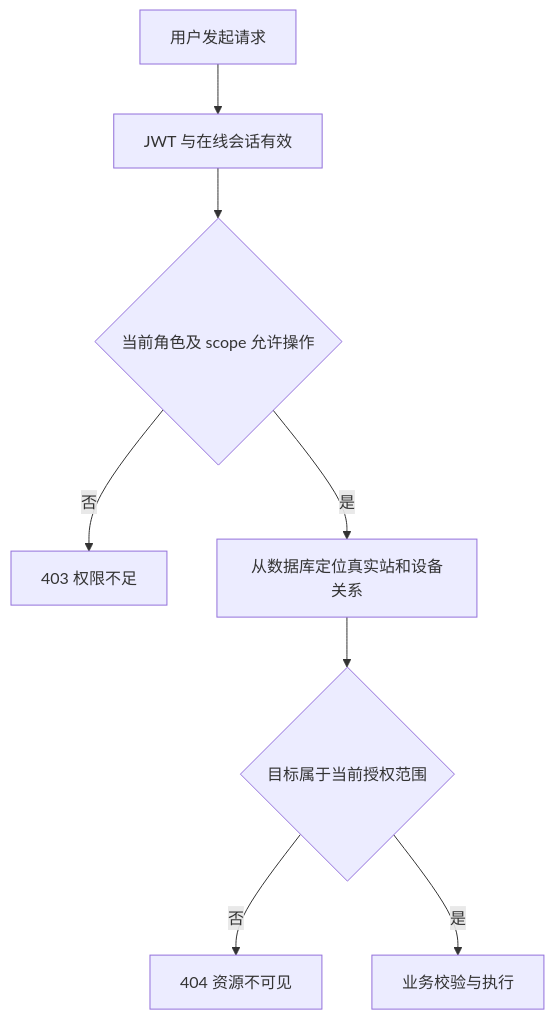
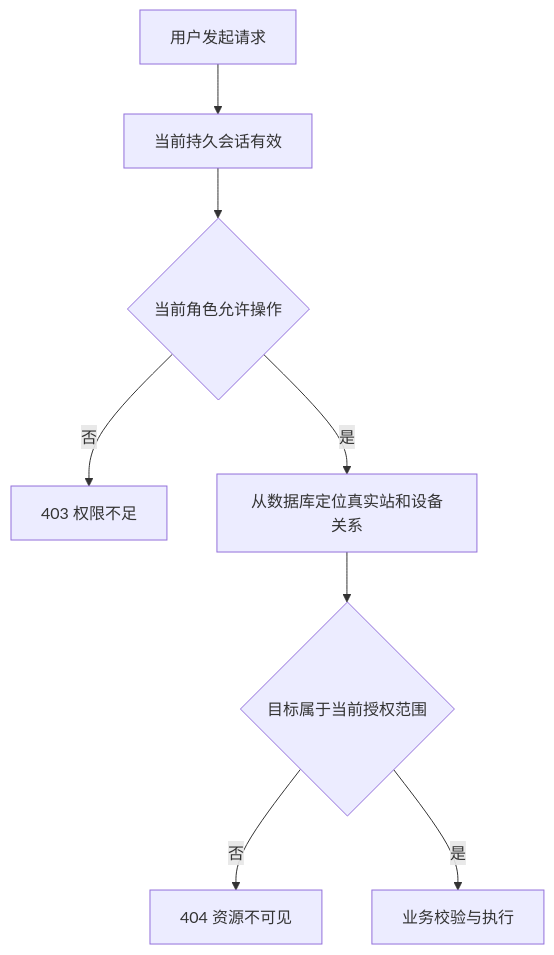
Before and after one commit to 600888/ems: the diagram in website/docs/processes/web/user/index.md, drawn with Mermaid. The commit also changed other lines of this file and 61 other files, not shown here.

````diff
--- a/website/docs/processes/web/user/index.md
+++ b/website/docs/processes/web/user/index.md
@@ -71,10 +65,10 @@
 ```mermaid
 flowchart TD
-    Request[用户发起请求] --> Identity[JWT 与在线会话有效]
-    Identity --> Role{当前角色及 scope 允许操作}
+    Request[用户发起请求] --> Identity[当前持久会话有效]
+    Identity --> Role{当前角色允许操作}
     Role -->|否| Forbidden[403 权限不足]
     Role -->|是| Locate[从数据库定位真实站和设备关系]
     Locate --> Scope{目标属于当前授权范围}
     Scope -->|否| Hidden[404 资源不可见]
     Scope -->|是| Business[业务校验与执行]
 ```
````
